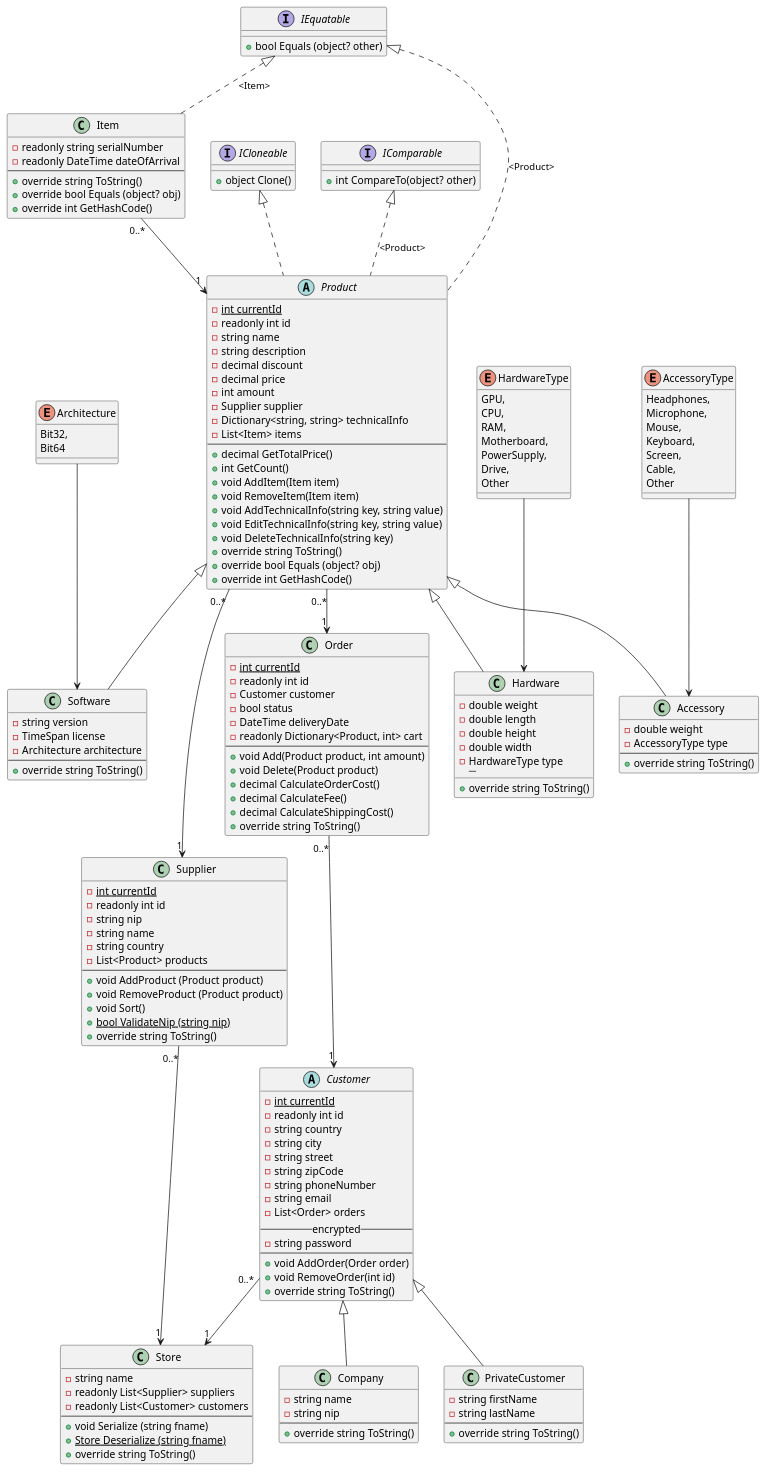
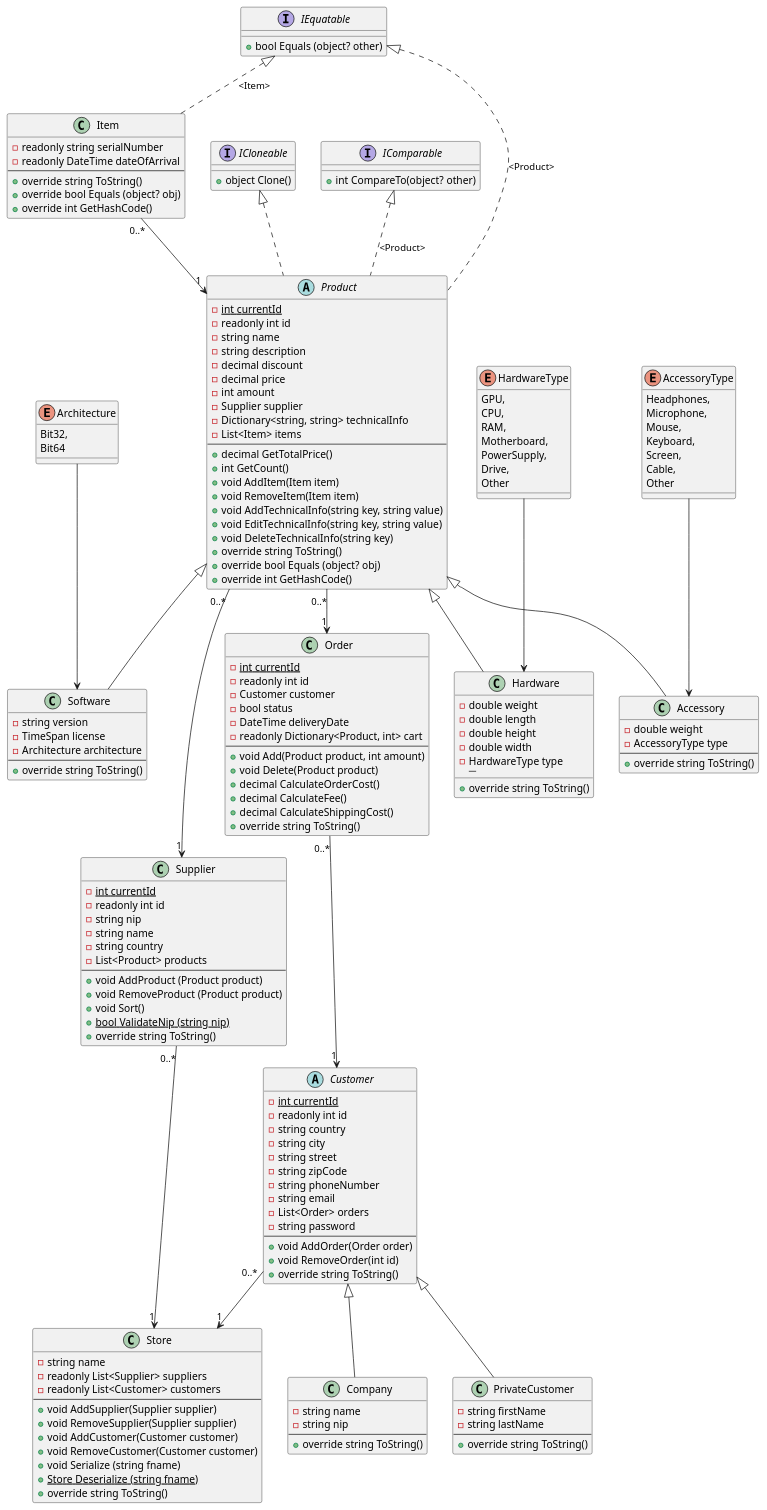
One commit to Couch-bit/Computer-Store changed the diagram in Classes/UML.wsd. Above: the diagram before and after it, drawn with PlantUML. The commit also changed 3 other files, not shown here.

Commit message:
Finished up the base system and updated UML accordingly

```diff
--- a/Classes/UML.wsd
+++ b/Classes/UML.wsd
@@ -1,188 +1,191 @@
 @startuml Project
 class Supplier {
   -{static} int currentId
   -readonly int id
   -string nip
   -string name
   -string country
   -List<Product> products
   ----
   + void AddProduct (Product product)
   + void RemoveProduct (Product product)
   + void Sort()
   + {static} bool ValidateNip (string nip)
   + override string ToString()
 }
 
 class Company {
   -string name
   -string nip
   ----
   + override string ToString()
 }
 
 class PrivateCustomer{
   -string firstName
   -string lastName
   ----
   + override string ToString()
 }
 
 abstract Customer {
   -{static} int currentId
   -readonly int id
   -string country
   -string city
   -string street
   -string zipCode
   -string phoneNumber
   -string email
   -List<Order> orders
-  -- encrypted --
   -string password
   ----
   + void AddOrder(Order order)
   + void RemoveOrder(int id)
   + override string ToString()
 }
 
 class Order {
   -{static} int currentId
   -readonly int id
   -Customer customer
   -bool status
   -DateTime deliveryDate
   -readonly Dictionary<Product, int> cart
   ----
   + void Add(Product product, int amount)
   + void Delete(Product product)
   + decimal CalculateOrderCost()
   + decimal CalculateFee()
   + decimal CalculateShippingCost()
   + override string ToString()
 }
 
 abstract Product{
   -{static} int currentId
   -readonly int id
   -string name
   -string description
   -decimal discount
   -decimal price
   -int amount
   -Supplier supplier
   -Dictionary<string, string> technicalInfo
   -List<Item> items
   ----
   + decimal GetTotalPrice()
   + int GetCount()
   + void AddItem(Item item)
   + void RemoveItem(Item item)
   + void AddTechnicalInfo(string key, string value)
   + void EditTechnicalInfo(string key, string value)
   + void DeleteTechnicalInfo(string key)
   + override string ToString()
   + override bool Equals (object? obj)
   + override int GetHashCode()
 }
 
 class Item{
   - readonly string serialNumber
   - readonly DateTime dateOfArrival
   ----
   + override string ToString()
   + override bool Equals (object? obj)
   + override int GetHashCode()
 }
 
 class Store{
   - string name
   - readonly List<Supplier> suppliers
   - readonly List<Customer> customers
   ----
+  + void AddSupplier(Supplier supplier)
+  + void RemoveSupplier(Supplier supplier)
+  + void AddCustomer(Customer customer)
+  + void RemoveCustomer(Customer customer)
   + void Serialize (string fname)
   + {static} Store Deserialize (string fname)
   + override string ToString()
 }
 
 enum HardwareType{
   GPU,
   CPU,
   RAM,
   Motherboard,
   PowerSupply,
   Drive,
   Other
 }
 
 enum AccessoryType{
   Headphones,
   Microphone,
   Mouse,
   Keyboard,
   Screen,
   Cable,
   Other
 }
 
 enum Architecture{
   Bit32,
   Bit64
 }
 
 class Hardware{
   -double weight
   -double length
   -double height
   -double width
   -HardwareType type
   ---- 
   + override string ToString()
 }
 
 class Software{
   -string version
   -TimeSpan license
   -Architecture architecture
   ----
   + override string ToString()
 }
 
 class Accessory{
   -double weight
   -AccessoryType type
   ----
   + override string ToString()
 }
 
 interface ICloneable{
   + object Clone()
 }
 
 interface IComparable{
   + int CompareTo(object? other)
 }
 
 interface IEquatable{
   + bool Equals (object? other)
 }
 
 IEquatable <|-[dashed]- Item : "<Item>"
 IComparable <|-[dashed]- Product : "<Product>"
 IEquatable <|-[dashed]- Product : "<Product>"
 abstract Product implements ICloneable
 HardwareType --> Hardware
 AccessoryType --> Accessory
 Architecture --> Software
 Product <|-- Accessory
 Product <|-- Software
 Product <|-- Hardware
 Customer	<|-- Company
 Customer	<|-- PrivateCustomer
 Supplier "0..*" --> "1" Store
 Customer "0..*" --> "1" Store
 Product "0..*" --> "1" Order
 Product "0..*" --> "1" Supplier
 Order "0..*" --> "1" Customer
 Item "0..*" --> "1" Product
 @enduml
```
